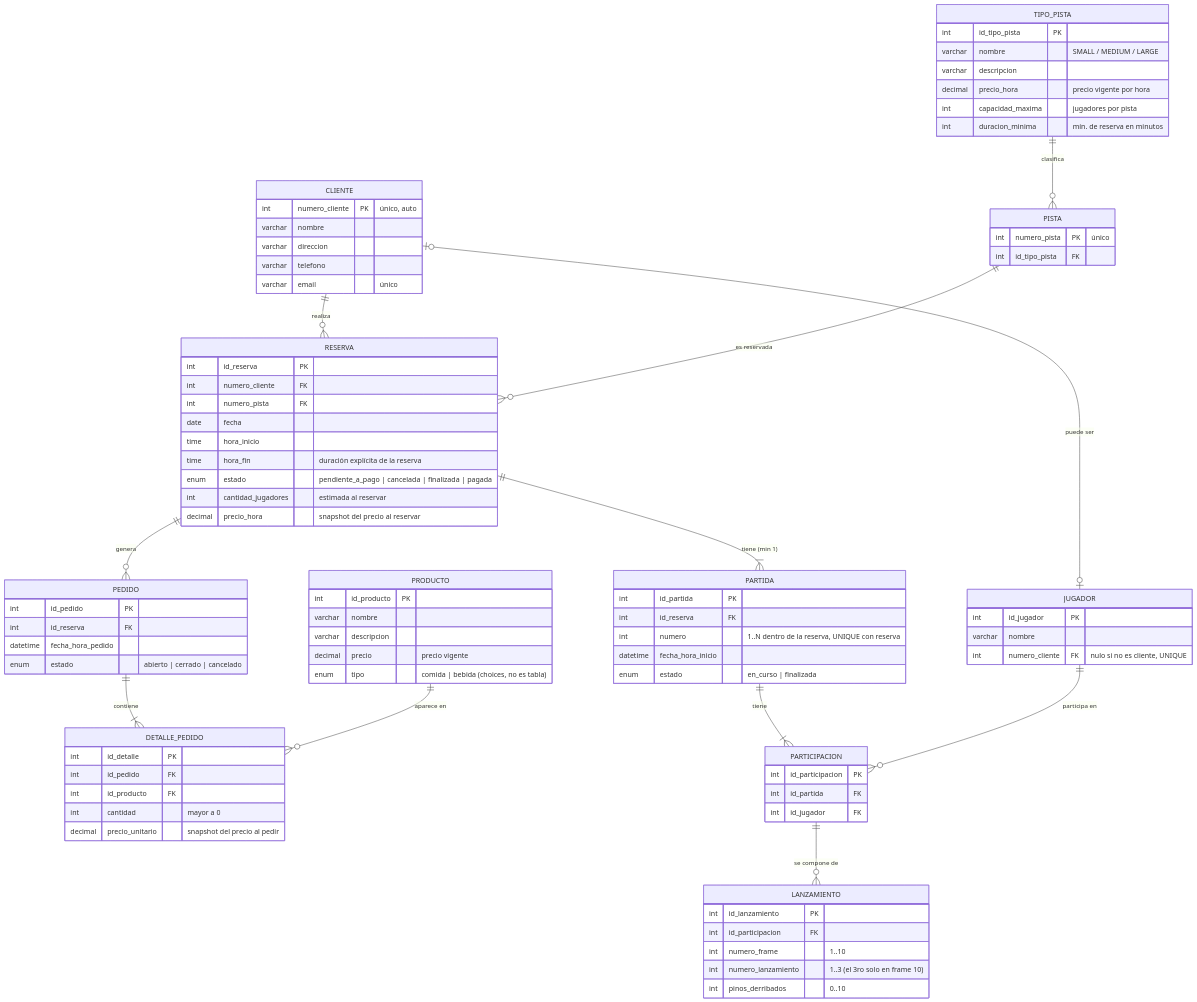
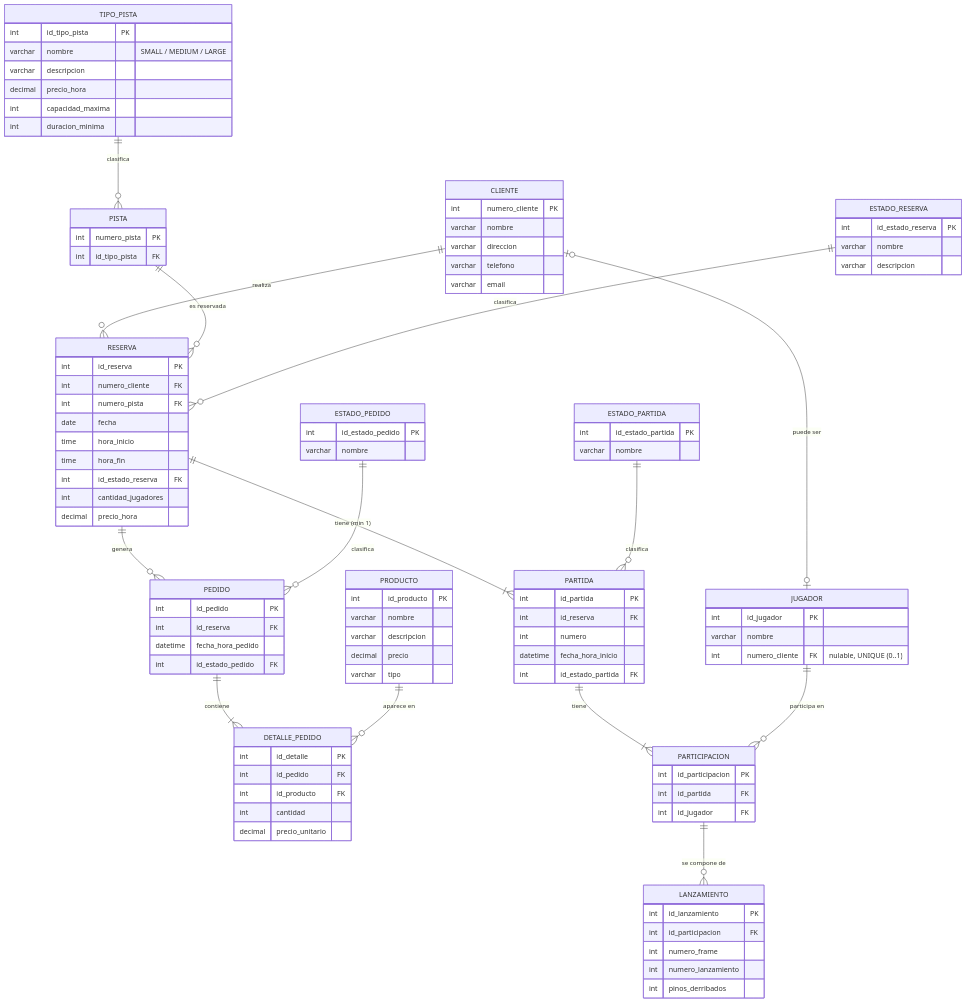
Before and after one commit to Villada-PG3/trabajo-practico-integrador-bowling-center: the diagram in docs/er/diagrama-er.mmd, drawn with Mermaid. The commit also changed 1 other file, not shown here.

Commit message:
docs: modelar estados como tablas y corregir er y uml

```diff
--- a/docs/er/diagrama-er.mmd
+++ b/docs/er/diagrama-er.mmd
@@ -1,97 +1,116 @@
 erDiagram
     CLIENTE ||--o{ RESERVA : realiza
     TIPO_PISTA ||--o{ PISTA : clasifica
     PISTA ||--o{ RESERVA : "es reservada"
     RESERVA ||--|{ PARTIDA : "tiene (min 1)"
     RESERVA ||--o{ PEDIDO : genera
     PEDIDO ||--|{ DETALLE_PEDIDO : contiene
     PRODUCTO ||--o{ DETALLE_PEDIDO : "aparece en"
     PARTIDA ||--|{ PARTICIPACION : tiene
     JUGADOR ||--o{ PARTICIPACION : "participa en"
     PARTICIPACION ||--o{ LANZAMIENTO : "se compone de"
     CLIENTE |o--o| JUGADOR : "puede ser"
+    ESTADO_RESERVA ||--o{ RESERVA : clasifica
+    ESTADO_PEDIDO ||--o{ PEDIDO : clasifica
+    ESTADO_PARTIDA ||--o{ PARTIDA : clasifica
 
     TIPO_PISTA {
         int id_tipo_pista PK
         varchar nombre "SMALL / MEDIUM / LARGE"
         varchar descripcion
-        decimal precio_hora "precio vigente por hora"
-        int capacidad_maxima "jugadores por pista"
-        int duracion_minima "mín. de reserva en minutos"
+        decimal precio_hora
+        int capacidad_maxima
+        int duracion_minima
     }
 
     PISTA {
-        int numero_pista PK "único"
+        int numero_pista PK
         int id_tipo_pista FK
     }
 
     CLIENTE {
-        int numero_cliente PK "único, auto"
+        int numero_cliente PK
         varchar nombre
         varchar direccion
         varchar telefono
-        varchar email "único"
+        varchar email
     }
 
     JUGADOR {
         int id_jugador PK
         varchar nombre
-        int numero_cliente FK "nulo si no es cliente, UNIQUE"
+        int numero_cliente FK "nulable, UNIQUE (0..1)"
     }
 
     RESERVA {
         int id_reserva PK
         int numero_cliente FK
         int numero_pista FK
         date fecha
         time hora_inicio
-        time hora_fin "duración explícita de la reserva"
-        enum estado "pendiente_a_pago | cancelada | finalizada | pagada"
-        int cantidad_jugadores "estimada al reservar"
-        decimal precio_hora "snapshot del precio al reservar"
+        time hora_fin
+        int id_estado_reserva FK
+        int cantidad_jugadores
+        decimal precio_hora
+    }
+
+    ESTADO_RESERVA {
+        int id_estado_reserva PK
+        varchar nombre
+        varchar descripcion
     }
 
     PRODUCTO {
         int id_producto PK
         varchar nombre
         varchar descripcion
-        decimal precio "precio vigente"
-        enum tipo "comida | bebida (choices, no es tabla)"
+        decimal precio
+        varchar tipo
     }
 
     PEDIDO {
         int id_pedido PK
         int id_reserva FK
         datetime fecha_hora_pedido
-        enum estado "abierto | cerrado | cancelado"
+        int id_estado_pedido FK
+    }
+
+    ESTADO_PEDIDO {
+        int id_estado_pedido PK
+        varchar nombre
     }
 
     DETALLE_PEDIDO {
         int id_detalle PK
         int id_pedido FK
         int id_producto FK
-        int cantidad "mayor a 0"
-        decimal precio_unitario "snapshot del precio al pedir"
+        int cantidad
+        decimal precio_unitario
     }
 
     PARTIDA {
         int id_partida PK
         int id_reserva FK
-        int numero "1..N dentro de la reserva, UNIQUE con reserva"
+        int numero
         datetime fecha_hora_inicio
-        enum estado "en_curso | finalizada"
+        int id_estado_partida FK
+    }
+
+    ESTADO_PARTIDA {
+        int id_estado_partida PK
+        varchar nombre
     }
 
     PARTICIPACION {
         int id_participacion PK
         int id_partida FK
         int id_jugador FK
     }
 
     LANZAMIENTO {
         int id_lanzamiento PK
         int id_participacion FK
-        int numero_frame "1..10"
-        int numero_lanzamiento "1..3 (el 3ro solo en frame 10)"
-        int pinos_derribados "0..10"
+        int numero_frame
+        int numero_lanzamiento
+        int pinos_derribados
     }
```
